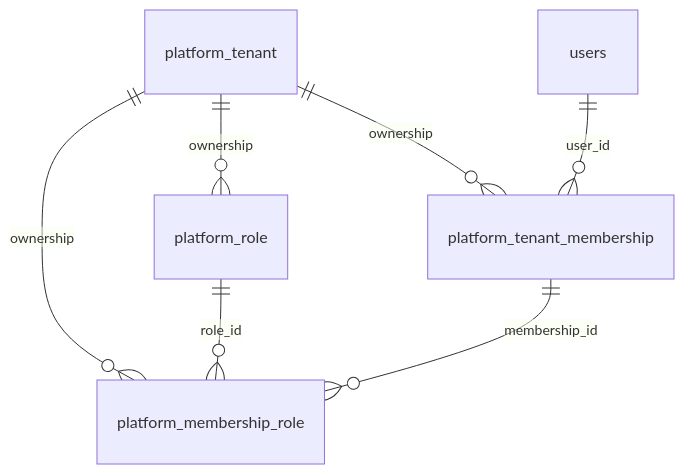
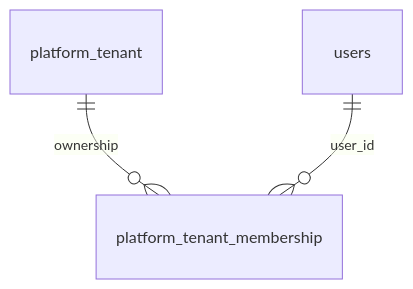
The ninth of 41 diagrams in docs/erd/physical/PROJECT_RELATIONSHIPS.md (nguyennanganhdev/AI-Workforce-Platform), drawn with Mermaid before and after one commit. The commit also changed other lines of this file and 146 other files, not shown here.

Commit message:
feat(db): consolidate P0 database schema and documentation

````diff
--- a/docs/erd/physical/PROJECT_RELATIONSHIPS.md
+++ b/docs/erd/physical/PROJECT_RELATIONSHIPS.md
@@ -139,13 +200,7 @@
 ```mermaid
 erDiagram
-  platform_membership_role
-  platform_tenant ||--o{ platform_membership_role : "ownership"
-  platform_tenant_membership ||--o{ platform_membership_role : "membership_id"
-  platform_role ||--o{ platform_membership_role : "role_id"
-  platform_role
-  platform_tenant ||--o{ platform_role : "ownership"
   platform_tenant
   platform_tenant_membership
   platform_tenant ||--o{ platform_tenant_membership : "ownership"
   users ||--o{ platform_tenant_membership : "user_id"
 ```
````
